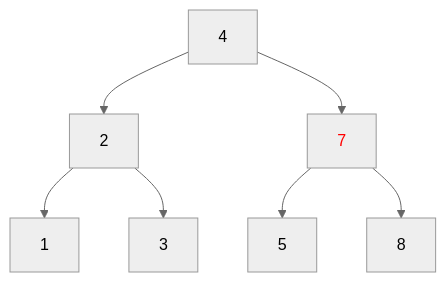
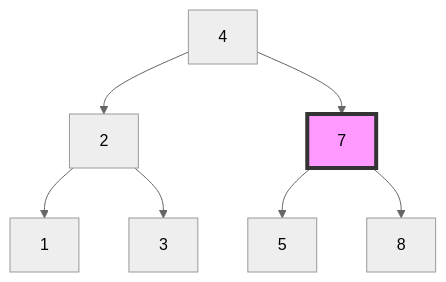
One commit to tsolenthaler/zbwAlgDs changed the tenth of 17 diagrams in docs/algorithmen/binary-tree.md. Above: the diagram before and after it, drawn with Mermaid (neutral theme). The commit also changed other lines of this file, not shown here.

Commit message:
Refactor binary tree diagram styles for improved visualization and consistency

````diff
--- a/docs/algorithmen/binary-tree.md
+++ b/docs/algorithmen/binary-tree.md
@@ -270,10 +281,10 @@
 ``` mermaid
 flowchart TD
     4 --> 2
     4 --> 7
     2 --> 1
     2 --> 3
     7 --> 5
     7 --> 8
-    style 7 color:red
+    style 7 fill:#f9f,stroke:#333,stroke-width:4px
 ```
````
